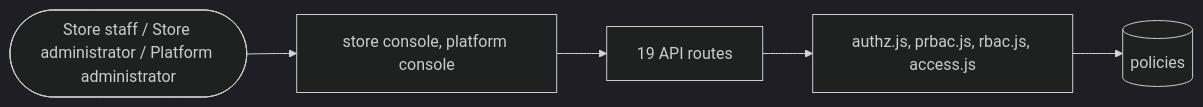
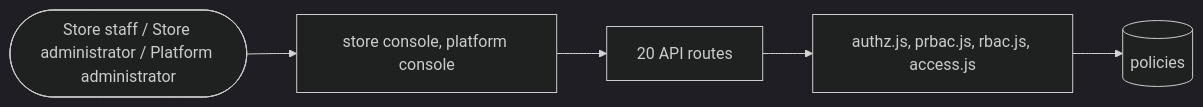
One commit to echelonxventures-Projects/universal-product changed the diagram in docs/domains/access.md. Above: the diagram before and after it, drawn with Mermaid (dark theme). The commit also changed other lines of this file and 23 other files, not shown here.

````diff
--- a/docs/domains/access.md
+++ b/docs/domains/access.md
@@ -66,8 +67,8 @@
 ```mermaid
 flowchart LR
   U([Store staff / Store administrator / Platform administrator]) --> UI[store console, platform console]
-  UI --> API[19 API routes]
+  UI --> API[20 API routes]
   API --> ENG[authz.js, prbac.js, rbac.js, access.js]
   ENG --> DB[(policies)]
 
 ```
````
